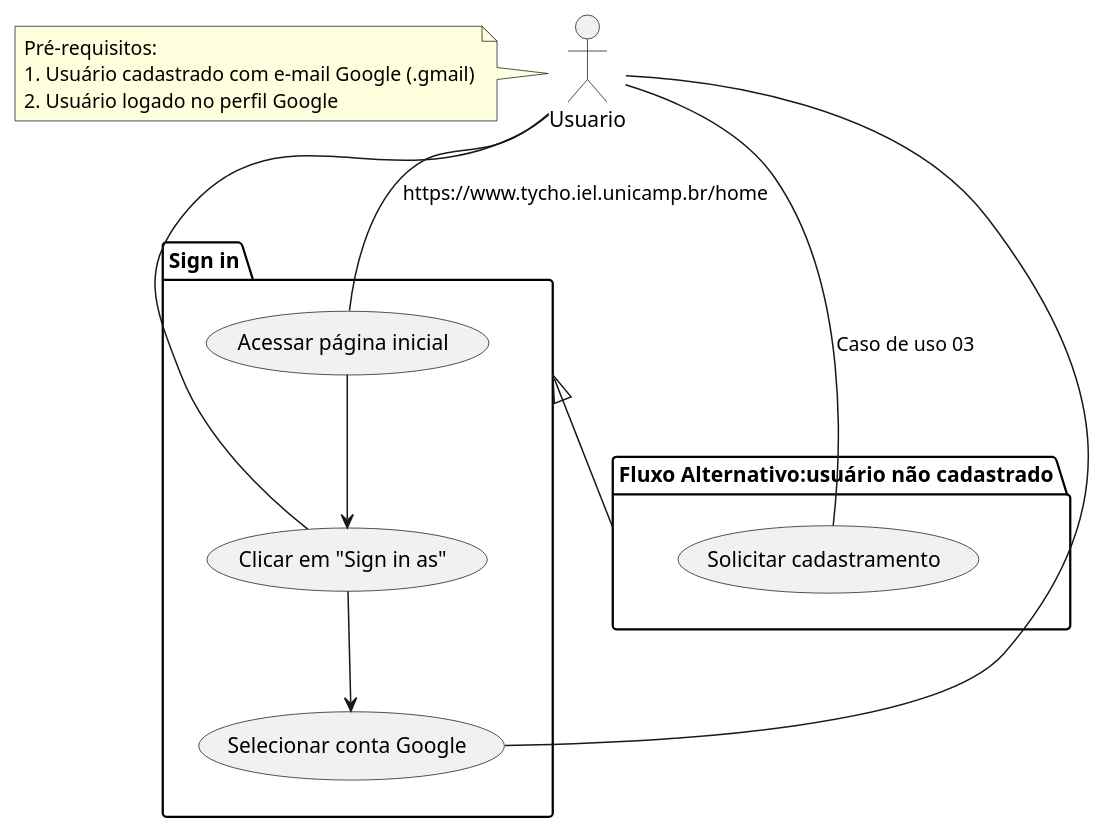
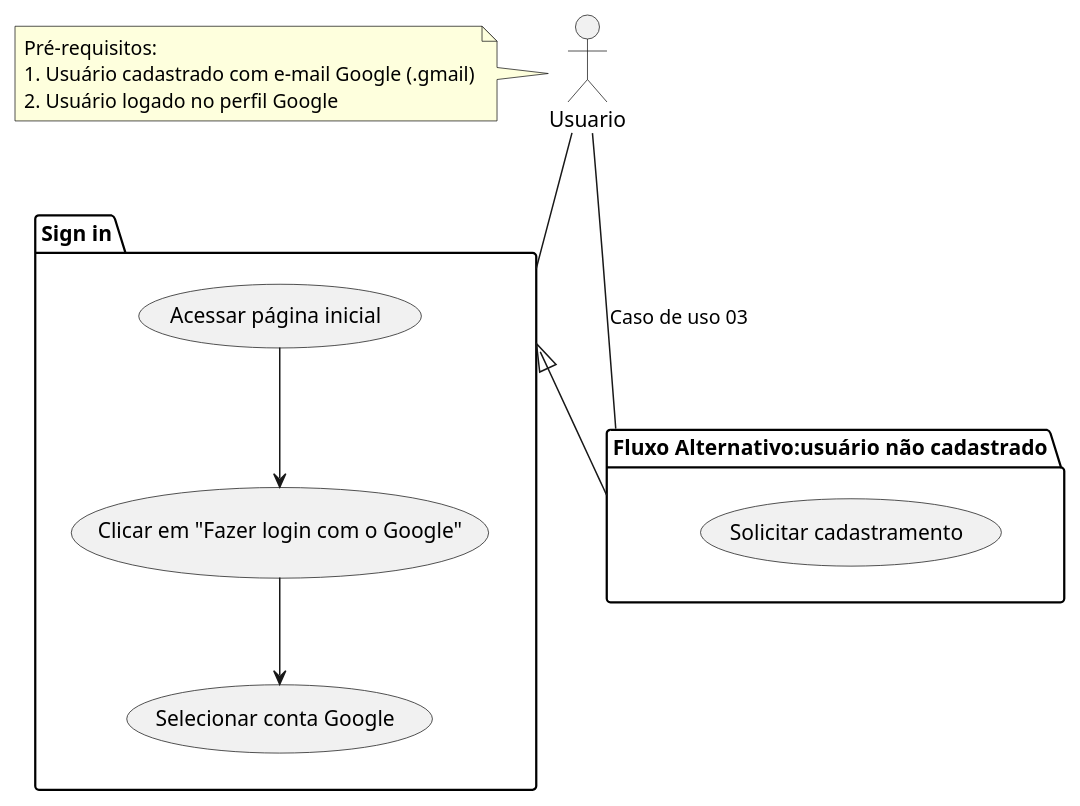
Before and after one commit to tycho-brahe-platform/tutorials: the diagram in diagrams/caso_2.wsd, drawn with PlantUML. The commit also changed 8 other files, not shown here.

```diff
--- a/diagrams/caso_2.wsd
+++ b/diagrams/caso_2.wsd
@@ -1,25 +1,23 @@
 @startuml "Caso de uso 02"
 actor Usuario
 
 package "Sign in" as FN{
-  Usuario -- (Acessar página inicial) : https://www.tycho.iel.unicamp.br/home
-  Usuario -- (Clicar em "Sign in as")
-  Usuario -- (Selecionar conta Google)
-
-  (Acessar página inicial)-->(Clicar em "Sign in as")
-  (Clicar em "Sign in as")-->(Selecionar conta Google)
+ 
+  (Acessar página inicial)-->(Clicar em "Fazer login com o Google")
+  (Clicar em "Fazer login com o Google")-->(Selecionar conta Google)
 }
 
 note left of Usuario
   Pré-requisitos:
   1. Usuário cadastrado com e-mail Google (.gmail)
   2. Usuário logado no perfil Google
 end note
 
 package "Fluxo Alternativo:usuário não cadastrado" as FA1 {
-  Usuario -- (Solicitar cadastramento) : Caso de uso 03
+  Usuario -- FA1: Caso de uso 03
+  (Solicitar cadastramento)
 }
-
+Usuario -- FN
  FN <|--  FA1
 
 @enduml
```
